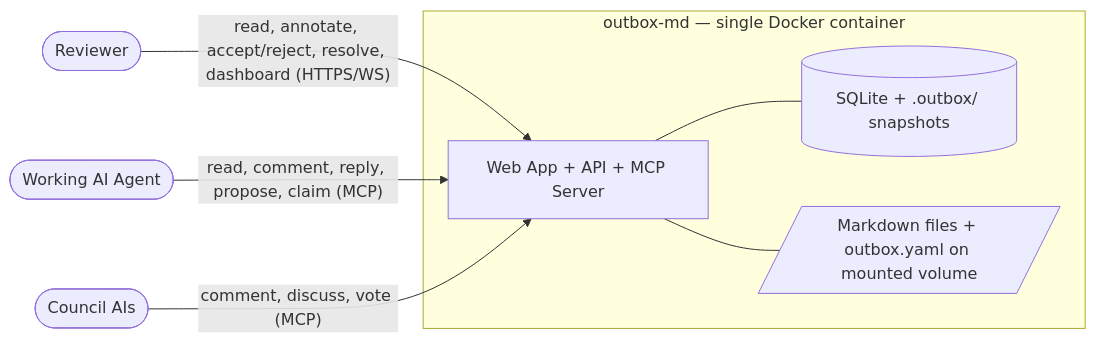
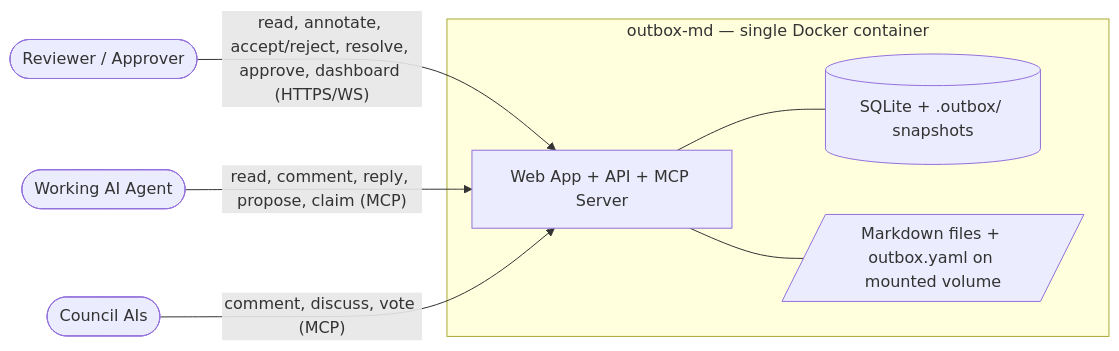
One commit to rajanrx/outbox-md changed the first of 5 diagrams in docs/specs/2026-06-27-outbox-md-design.md. Above: the diagram before and after it, drawn with Mermaid. The commit also changed other lines of this file, not shown here.

````diff
--- a/docs/specs/2026-06-27-outbox-md-design.md
+++ b/docs/specs/2026-06-27-outbox-md-design.md
@@ -170,18 +191,18 @@
 ```mermaid
 flowchart LR
-    Human([Reviewer])
+    Human([Reviewer / Approver])
     Agent([Working AI Agent])
     Council([Council AIs])
 
     subgraph Container["outbox-md — single Docker container"]
         App[Web App + API + MCP Server]
         DB[(SQLite + .outbox/ snapshots)]
         FS[/Markdown files + outbox.yaml on mounted volume/]
     end
 
-    Human -- "read, annotate, accept/reject, resolve, dashboard (HTTPS/WS)" --> App
+    Human -- "read, annotate, accept/reject, resolve, approve, dashboard (HTTPS/WS)" --> App
     Agent -- "read, comment, reply, propose, claim (MCP)" --> App
     Council -- "comment, discuss, vote (MCP)" --> App
     App --- DB
     App --- FS
 ```
````
